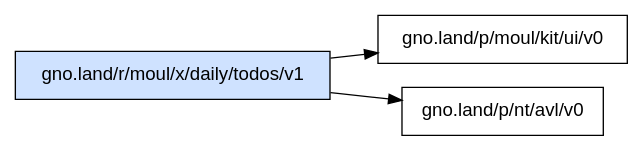
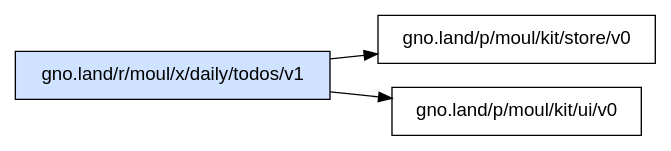
The diagram in _assets/gno.land/r/moul/x/daily/todos/v1/deps.dot (moul/gno-contracts), drawn with Graphviz before and after one commit. The commit also changed 55 other files, not shown here.

Commit message:
chore: regenerate catalog, graphs and on-chain status [skip ci]

```diff
--- a/_assets/gno.land/r/moul/x/daily/todos/v1/deps.dot
+++ b/_assets/gno.land/r/moul/x/daily/todos/v1/deps.dot
@@ -1,7 +1,7 @@
 digraph deps {
   rankdir=LR;
   node [shape=box, fontname="sans-serif"];
   "gno.land/r/moul/x/daily/todos/v1" [style=filled, fillcolor="#cfe2ff"];
+  "gno.land/r/moul/x/daily/todos/v1" -> "gno.land/p/moul/kit/store/v0";
   "gno.land/r/moul/x/daily/todos/v1" -> "gno.land/p/moul/kit/ui/v0";
-  "gno.land/r/moul/x/daily/todos/v1" -> "gno.land/p/nt/avl/v0";
 }
```
